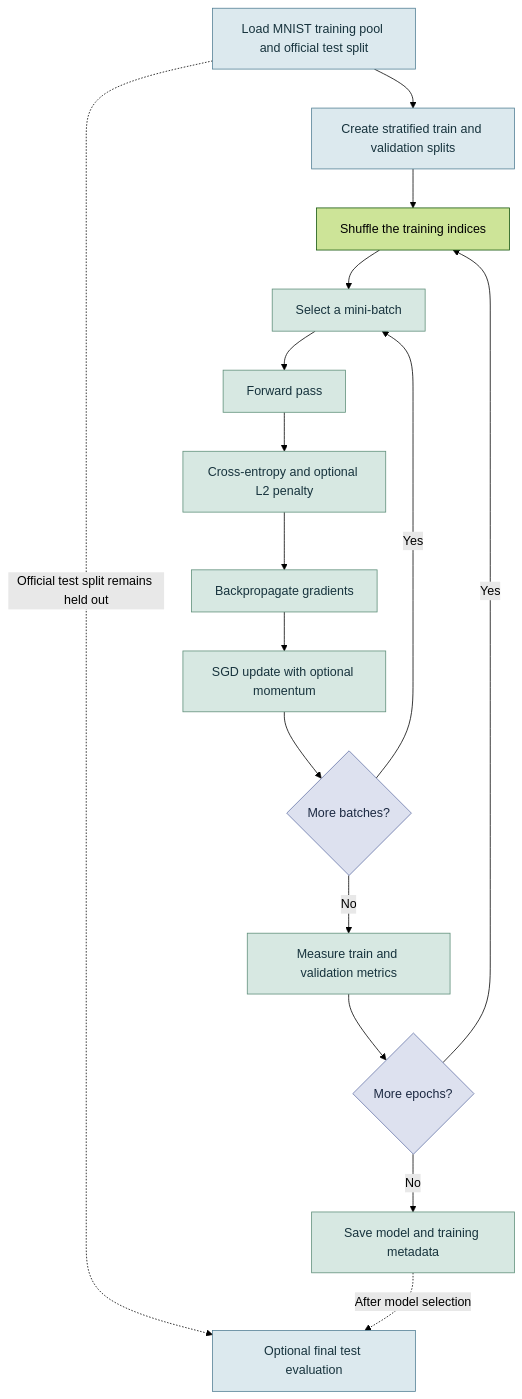
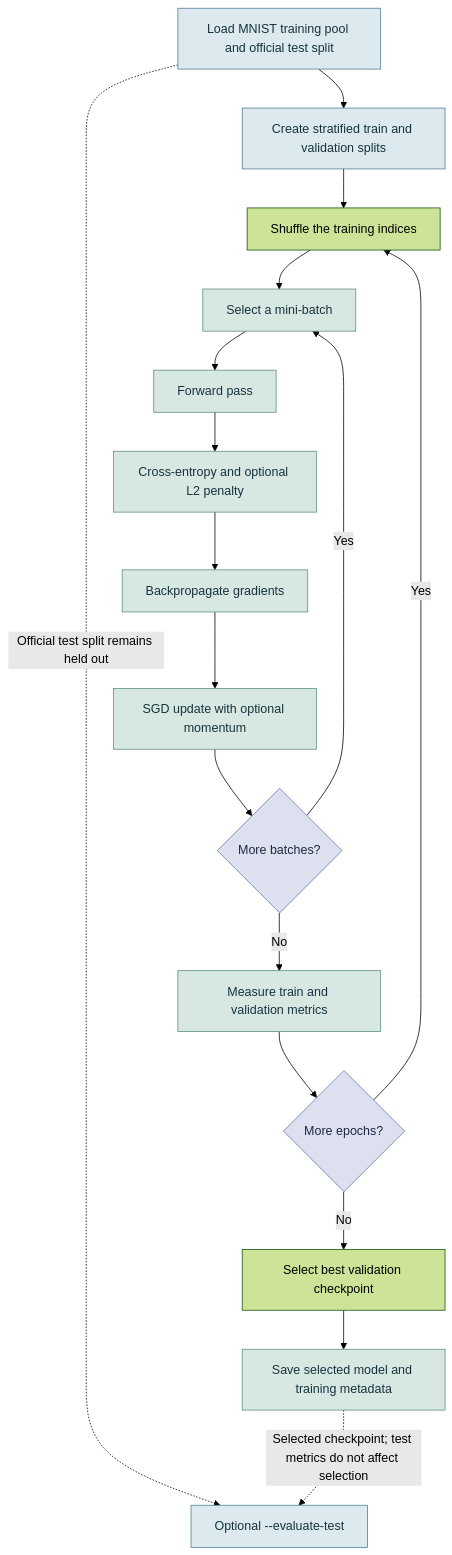
Before and after one commit to ArshiBansal/multilayer-perceptron-from-scratch: the second of 2 diagrams in README.md, drawn with Mermaid (forest theme). The commit also changed other lines of this file, not shown here.

````diff
--- a/README.md
+++ b/README.md
@@ -186,25 +187,26 @@
 ```mermaid
 flowchart TD
     D["Load MNIST training pool and official test split"] --> V["Create stratified train and validation splits"]
     V --> R["Shuffle the training indices"]
     R --> B["Select a mini-batch"]
     B --> F["Forward pass"]
     F --> L["Cross-entropy and optional L2 penalty"]
     L --> G["Backpropagate gradients"]
     G --> U["SGD update with optional momentum"]
     U --> C{"More batches?"}
     C -- Yes --> B
     C -- No --> E["Measure train and validation metrics"]
     E --> N{"More epochs?"}
     N -- Yes --> R
-    N -- No --> M["Save model and training metadata"]
-    D -. "Official test split remains held out" .-> T["Optional final test evaluation"]
-    M -. "After model selection" .-> T
+    N -- No --> S["Select best validation checkpoint"]
+    S --> M["Save selected model and training metadata"]
+    D -. "Official test split remains held out" .-> T["Optional --evaluate-test"]
+    M -. "Selected checkpoint; test metrics do not affect selection" .-> T
 
     classDef data fill:#DCE9EE,stroke:#527F94,color:#17333D
     classDef train fill:#D7E8E2,stroke:#5F8F7A,color:#17333D
     classDef decision fill:#DDE1EF,stroke:#6675A8,color:#1C2942
     class D,V,T data
     class B,F,L,G,U,E,M train
     class C,N decision
 ```
````
